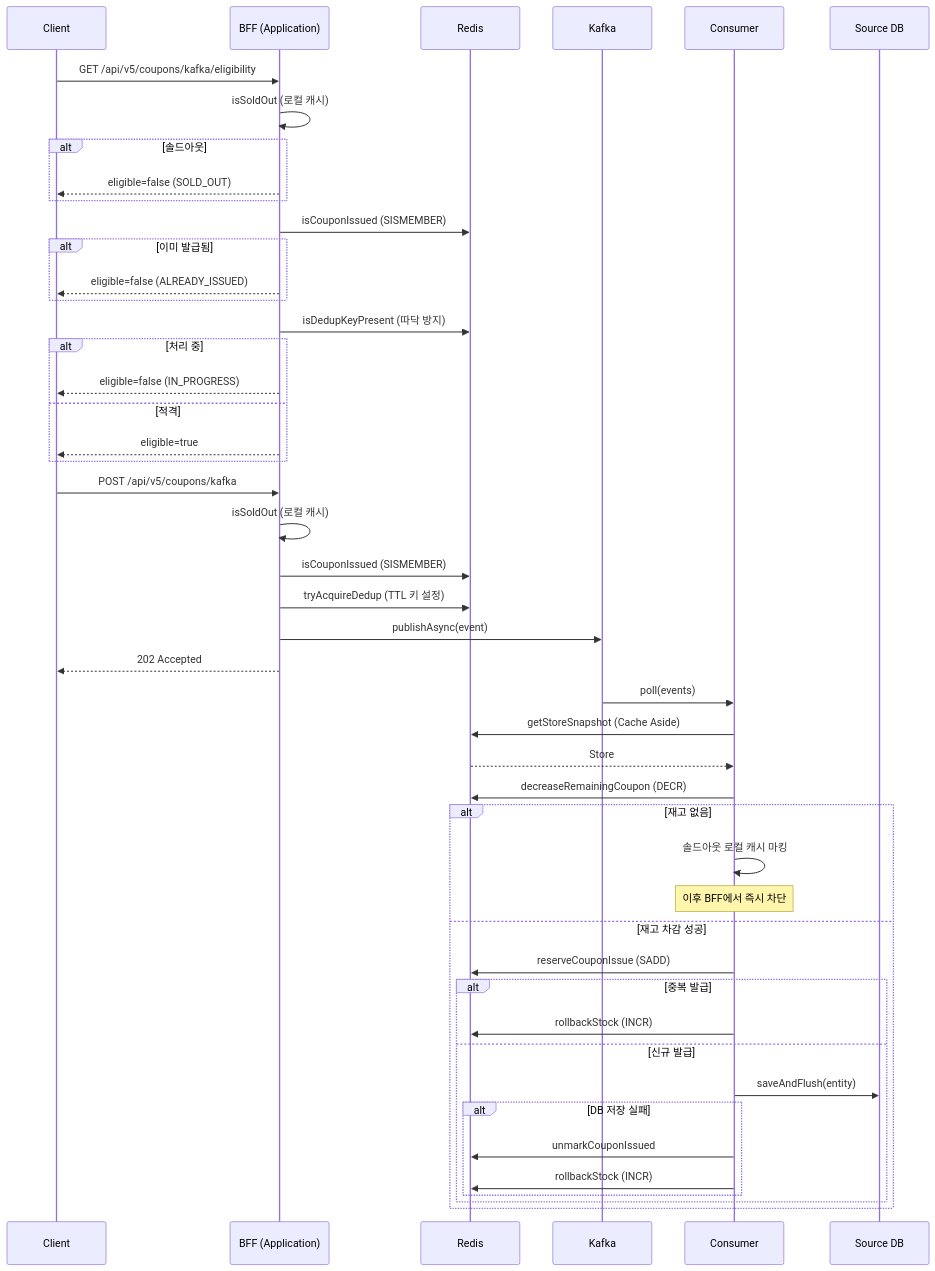
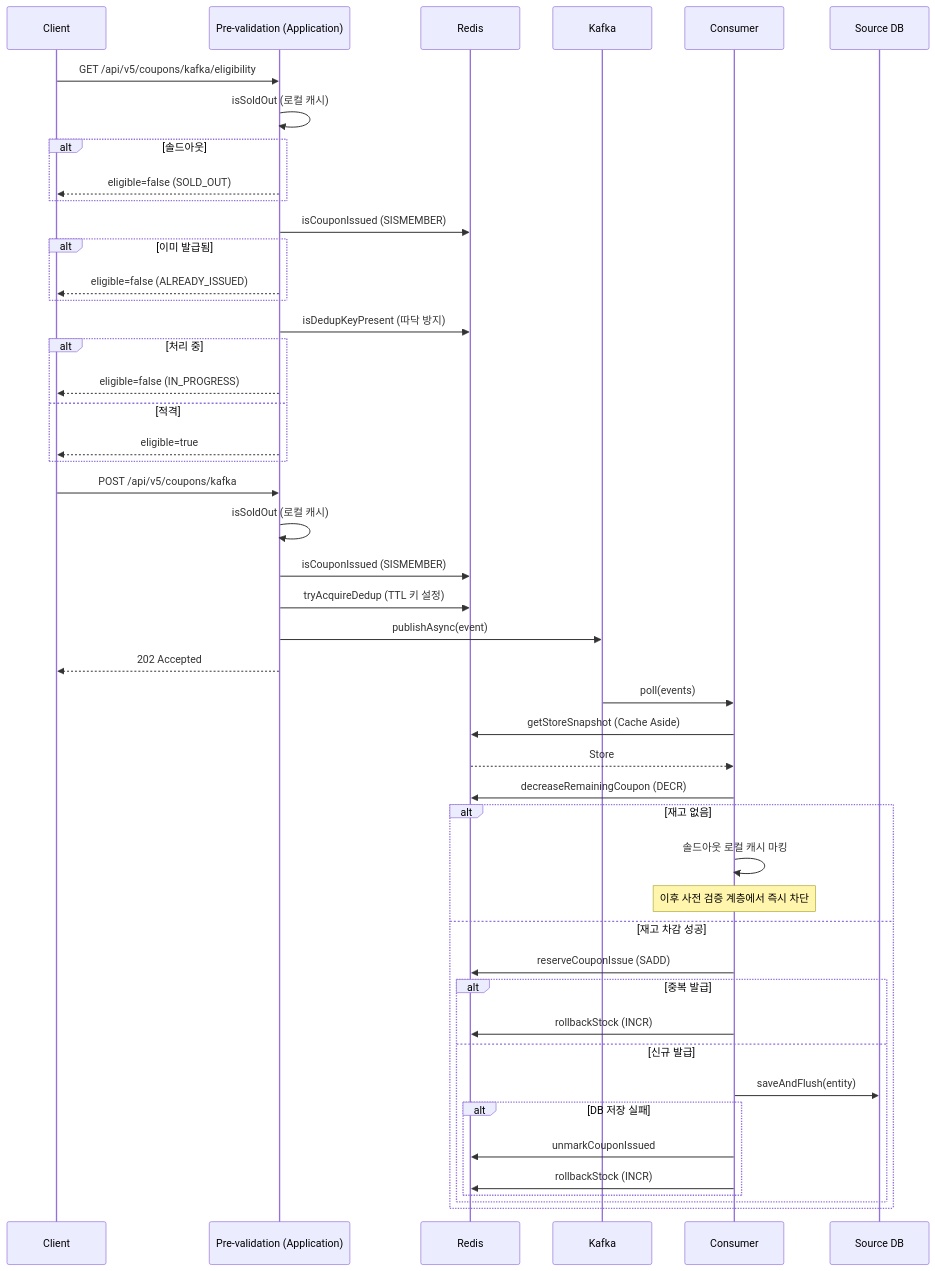
The third of 3 diagrams in k6/shopping-mall/README.md (rookedsysc/case-study), drawn with Mermaid before and after one commit. The commit also changed other lines of this file and 4 other files, not shown here.

Commit message:
modify: bff -> pre validation

````diff
--- a/k6/shopping-mall/README.md
+++ b/k6/shopping-mall/README.md
@@ -347,58 +347,58 @@
 ```mermaid
 sequenceDiagram
     participant Client
-    participant BFF as BFF (Application)
+    participant Gateway as Pre-validation (Application)
     participant Redis
     participant Kafka
     participant Consumer
     participant DB as Source DB
 
-    Client->>BFF: GET /api/v5/coupons/kafka/eligibility
+    Client->>Gateway: GET /api/v5/coupons/kafka/eligibility
 
-    BFF->>BFF: isSoldOut (로컬 캐시)
+    Gateway->>Gateway: isSoldOut (로컬 캐시)
     alt 솔드아웃
-        BFF-->>Client: eligible=false (SOLD_OUT)
+        Gateway-->>Client: eligible=false (SOLD_OUT)
     end
 
-    BFF->>Redis: isCouponIssued (SISMEMBER)
+    Gateway->>Redis: isCouponIssued (SISMEMBER)
     alt 이미 발급됨
-        BFF-->>Client: eligible=false (ALREADY_ISSUED)
+        Gateway-->>Client: eligible=false (ALREADY_ISSUED)
     end
 
-    BFF->>Redis: isDedupKeyPresent (따닥 방지)
+    Gateway->>Redis: isDedupKeyPresent (따닥 방지)
     alt 처리 중
-        BFF-->>Client: eligible=false (IN_PROGRESS)
+        Gateway-->>Client: eligible=false (IN_PROGRESS)
     else 적격
-        BFF-->>Client: eligible=true
+        Gateway-->>Client: eligible=true
     end
 
-    Client->>BFF: POST /api/v5/coupons/kafka
+    Client->>Gateway: POST /api/v5/coupons/kafka
 
-    BFF->>BFF: isSoldOut (로컬 캐시)
-    BFF->>Redis: isCouponIssued (SISMEMBER)
-    BFF->>Redis: tryAcquireDedup (TTL 키 설정)
+    Gateway->>Gateway: isSoldOut (로컬 캐시)
+    Gateway->>Redis: isCouponIssued (SISMEMBER)
+    Gateway->>Redis: tryAcquireDedup (TTL 키 설정)
 
-    BFF->>Kafka: publishAsync(event)
-    BFF-->>Client: 202 Accepted
+    Gateway->>Kafka: publishAsync(event)
+    Gateway-->>Client: 202 Accepted
 
     Kafka->>Consumer: poll(events)
     Consumer->>Redis: getStoreSnapshot (Cache Aside)
     Redis-->>Consumer: Store
 
     Consumer->>Redis: decreaseRemainingCoupon (DECR)
     alt 재고 없음
         Consumer->>Consumer: 솔드아웃 로컬 캐시 마킹
-        Note over Consumer: 이후 BFF에서 즉시 차단
+        Note over Consumer: 이후 사전 검증 계층에서 즉시 차단
     else 재고 차감 성공
         Consumer->>Redis: reserveCouponIssue (SADD)
         alt 중복 발급
             Consumer->>Redis: rollbackStock (INCR)
         else 신규 발급
             Consumer->>DB: saveAndFlush(entity)
             alt DB 저장 실패
                 Consumer->>Redis: unmarkCouponIssued
                 Consumer->>Redis: rollbackStock (INCR)
             end
         end
     end
 ```
````
